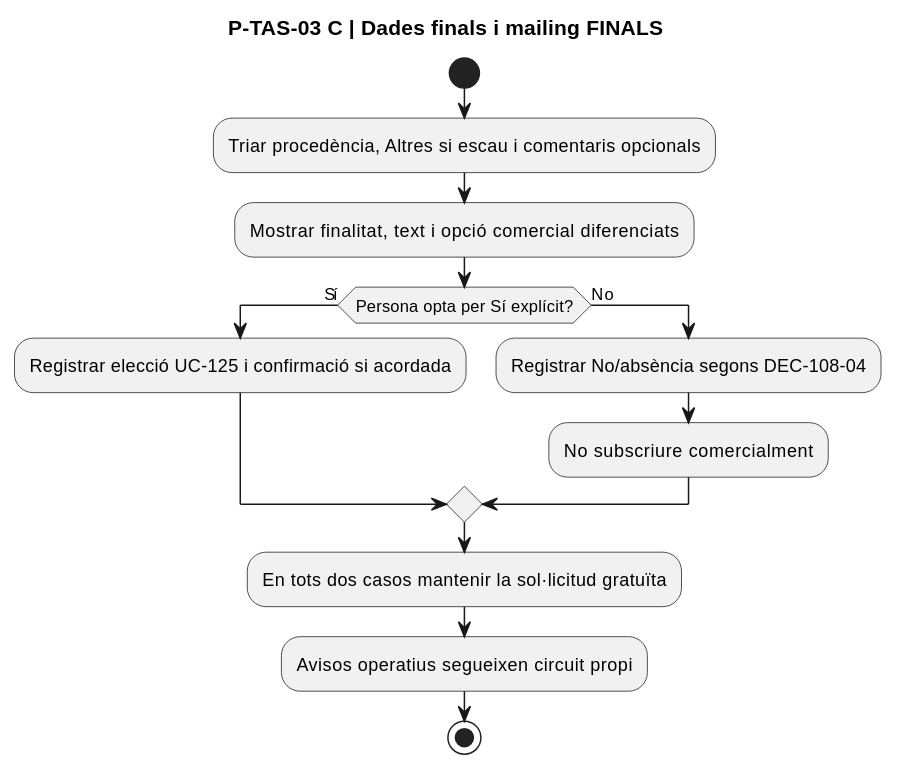
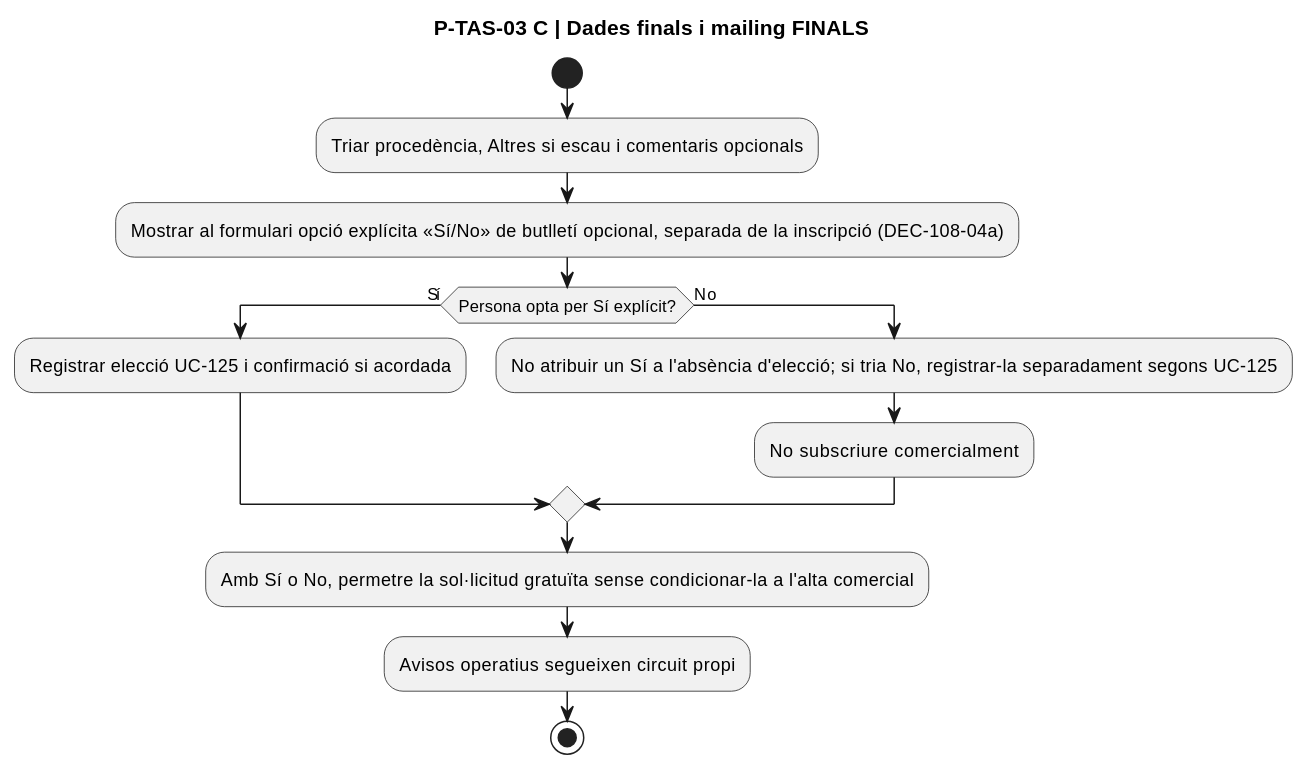
One commit to orgmeriemprismacat-del/verifactu changed diagram 22 of 32 in documentacio/07-uml-integrat/uc-108-activitats-pagines-tastets-actual-final.md. Above: the diagram before and after it, drawn with PlantUML. The commit also changed other lines of this file, not shown here.

````diff
--- a/documentacio/07-uml-integrat/uc-108-activitats-pagines-tastets-actual-final.md
+++ b/documentacio/07-uml-integrat/uc-108-activitats-pagines-tastets-actual-final.md
@@ -523,17 +523,17 @@
 ```plantuml
 @startuml
 title P-TAS-03 C | Dades finals i mailing FINALS
 start
 :Triar procedència, Altres si escau i comentaris opcionals;
-:Mostrar finalitat, text i opció comercial diferenciats;
+:Mostrar al formulari opció explícita «Sí/No» de butlletí opcional, separada de la inscripció (DEC-108-04a);
 if (Persona opta per Sí explícit?) then (Sí)
   :Registrar elecció UC-125 i confirmació si acordada;
 else (No)
-  :Registrar No/absència segons DEC-108-04;
+  :No atribuir un Sí a l'absència d'elecció; si tria No, registrar-la separadament segons UC-125;
   :No subscriure comercialment;
 endif
-:En tots dos casos mantenir la sol·licitud gratuïta;
+:Amb Sí o No, permetre la sol·licitud gratuïta sense condicionar-la a l'alta comercial;
 :Avisos operatius segueixen circuit propi;
 stop
 @enduml
 ```
````
